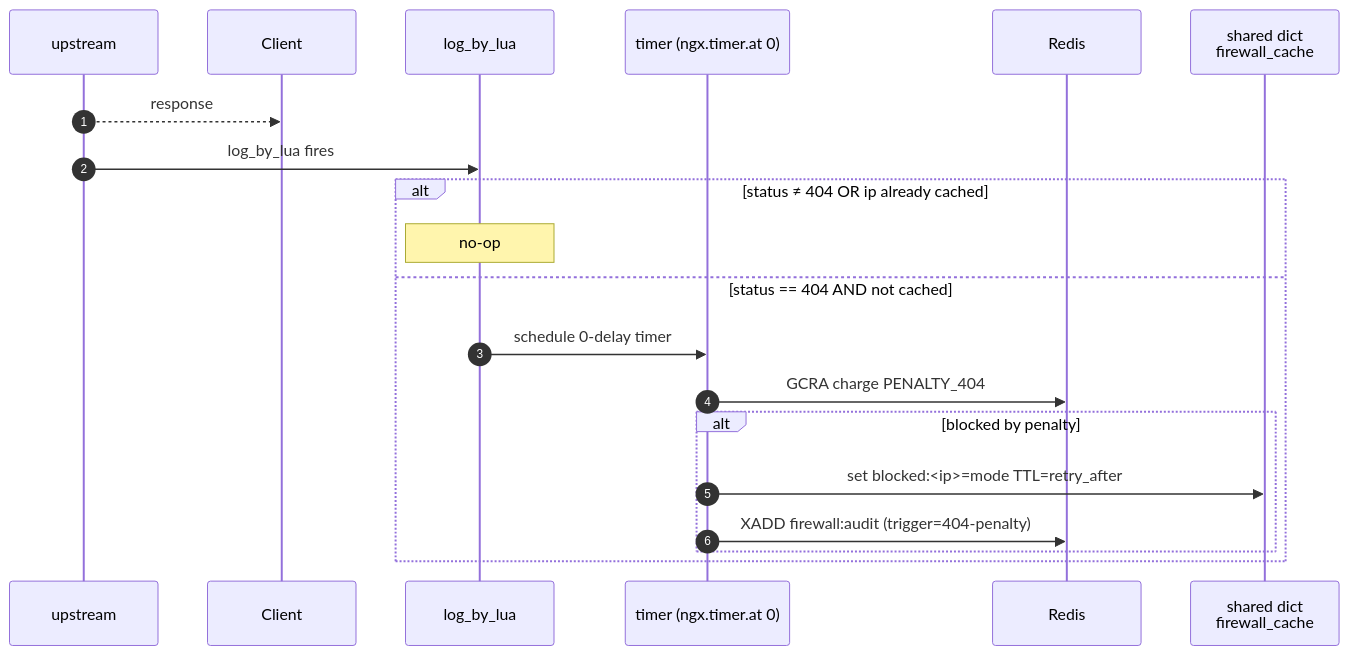
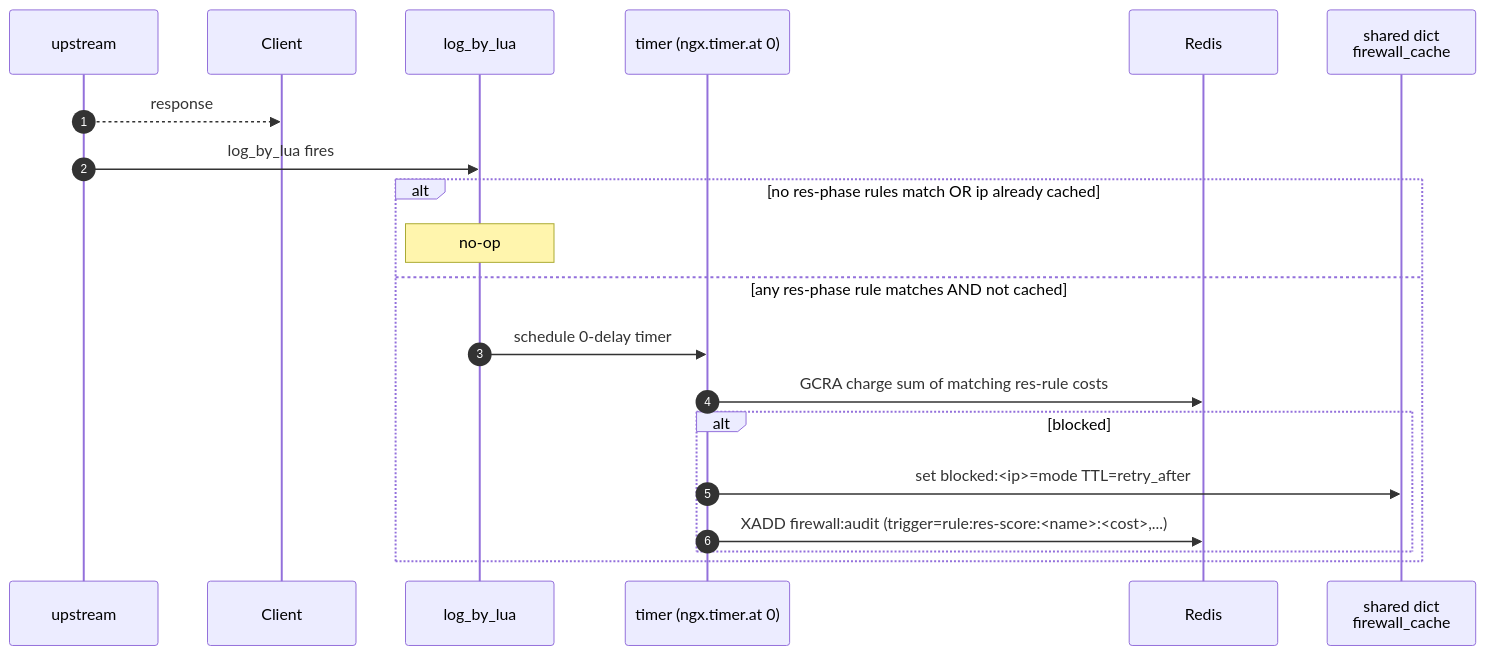
The fourth of 4 diagrams in opt/lua/README.md (ministryofjustice/hale-platform), drawn with Mermaid before and after one commit. The commit also changed other lines of this file and 10 other files, not shown here.

First line of the commit message:
firewall: migrate to phased rules schema (req/res)

````diff
--- a/opt/lua/README.md
+++ b/opt/lua/README.md
@@ -252,23 +252,23 @@
 ```mermaid
 sequenceDiagram
     autonumber
     participant U as upstream
     participant C as Client
     participant L as log_by_lua
     participant T as timer (ngx.timer.at 0)
     participant R as Redis
     participant SD as shared dict<br/>firewall_cache
 
     U-->>C: response
     U->>L: log_by_lua fires
-    alt status ≠ 404 OR ip already cached
+    alt no res-phase rules match OR ip already cached
         Note over L: no-op
-    else status == 404 AND not cached
+    else any res-phase rule matches AND not cached
         L->>T: schedule 0-delay timer
-        T->>R: GCRA charge PENALTY_404
-        alt blocked by penalty
+        T->>R: GCRA charge sum of matching res-rule costs
+        alt blocked
             T->>SD: set blocked:<ip>=mode TTL=retry_after
-            T->>R: XADD firewall:audit (trigger=404-penalty)
+            T->>R: XADD firewall:audit (trigger=rule:res-score:<name>:<cost>,...)
         end
     end
 ```
````
